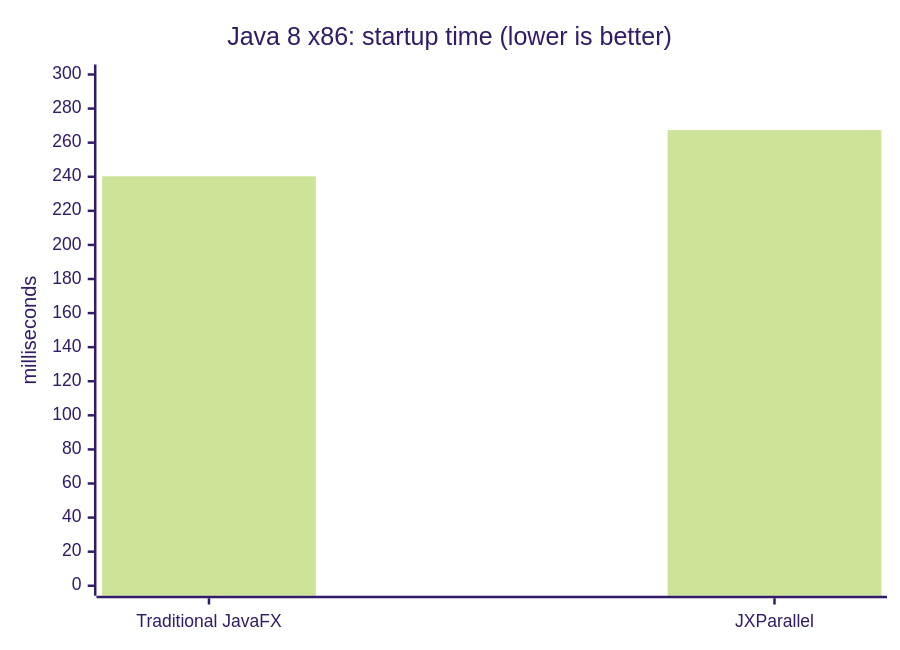
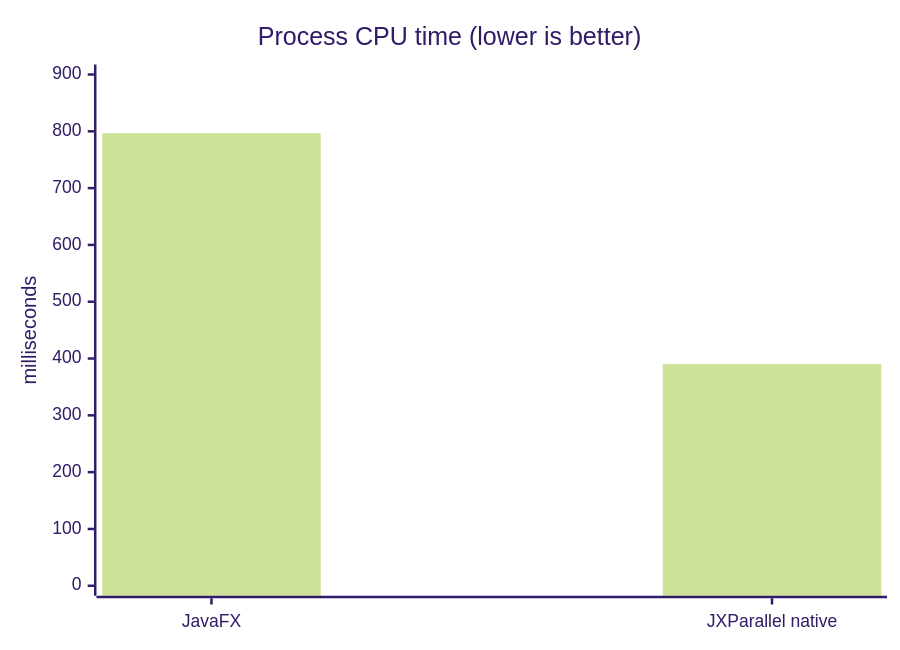
The third of 5 diagrams in README.md (Bacuriim/JXParallel), drawn with Mermaid (forest theme) before and after one commit. The commit also changed other lines of this file, not shown here.

Commit message:
Update README with native UI performance graphs

````diff
--- a/README.md
+++ b/README.md
@@ -252,7 +269,7 @@
 ```mermaid
 xychart-beta
-    title "Java 8 x86: startup time (lower is better)"
-    x-axis ["Traditional JavaFX", "JXParallel"]
-    y-axis "milliseconds" 0 --> 300
-    bar [240.282, 267.408]
+    title "Process CPU time (lower is better)"
+    x-axis ["JavaFX", "JXParallel native"]
+    y-axis "milliseconds" 0 --> 900
+    bar [796.875, 390.625]
 ```
````
